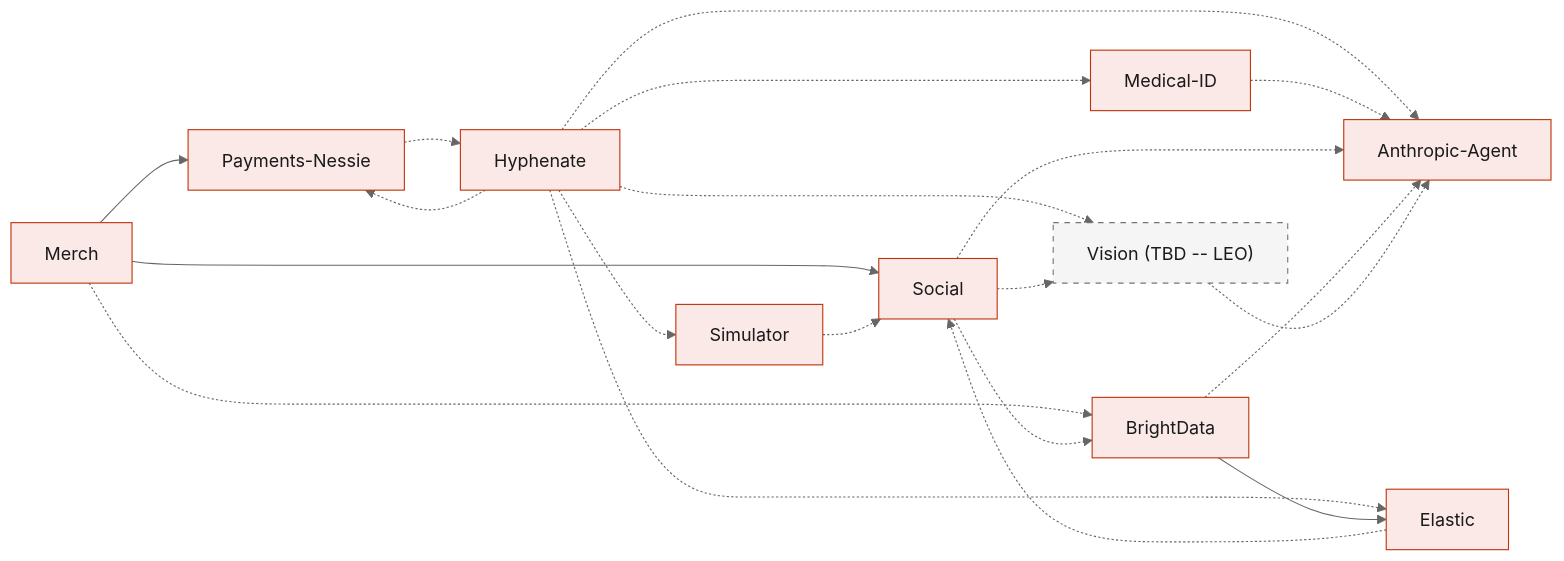
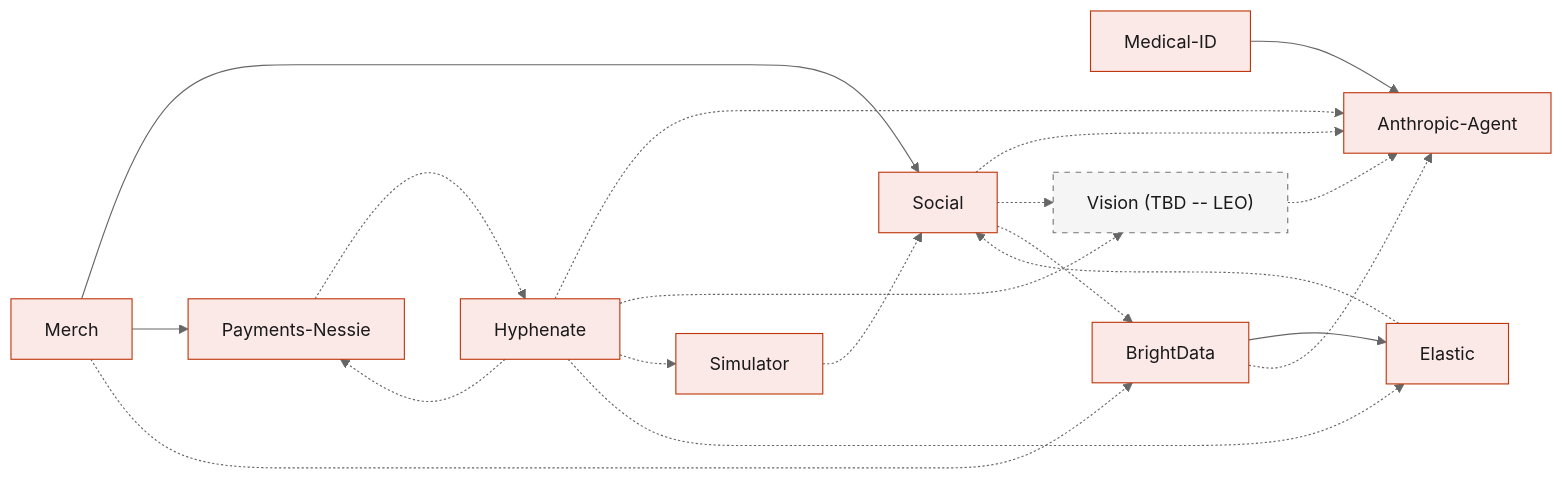
The diagram in System Design/README.md (viktorinkov/cal-hacks-13), drawn with Mermaid (neutral theme) before and after one commit. The commit also changed other lines of this file and 20 other files, not shown here.

````diff
--- a/System Design/README.md
+++ b/System Design/README.md
@@ -59,38 +59,37 @@
 ```mermaid
 flowchart LR
   Merch["Merch"]
   Hyp["Hyphenate"]
   Soc["Social"]
   Ela["Elastic"]
   Med["Medical-ID"]
   AI["Anthropic-Agent"]
   BD["BrightData"]
   Pay["Payments-Nessie"]
   Vision["Vision (TBD -- LEO)"]
   Sim["Simulator"]
 
   Merch --> Soc
   Merch --> Pay
   Merch -.-> BD
   Pay -.-> Hyp
-  Hyp -.-> Med
   Hyp -.-> Pay
   Hyp -.-> AI
   Hyp -.-> Vision
   Hyp -.-> Sim
   Hyp -.-> Ela
-  Med -.-> AI
+  Med --> AI
   Soc -.-> AI
   Soc -.-> Vision
   Soc -.-> BD
   Sim -.-> Soc
   BD --> Ela
   BD -.-> AI
   Ela -.-> Soc
   Vision -.-> AI
 
   classDef rust fill:#FBE9E7,stroke:#BF360C,color:#1A1A1A
   classDef tbd fill:#F5F5F5,stroke:#757575,color:#1A1A1A,stroke-dasharray:5 5
   class Merch,Hyp,Soc,Ela,Med,AI,BD,Pay,Sim rust
   class Vision tbd
 ```
````
